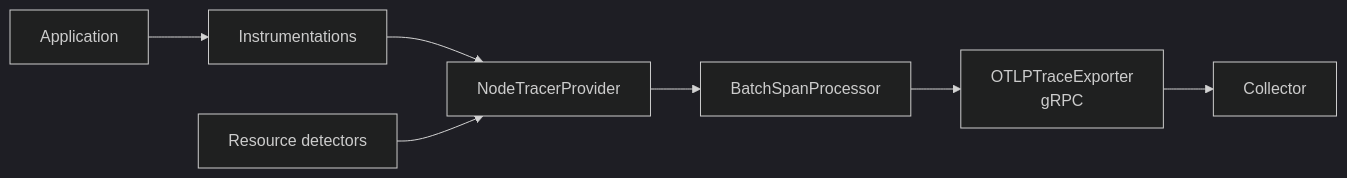
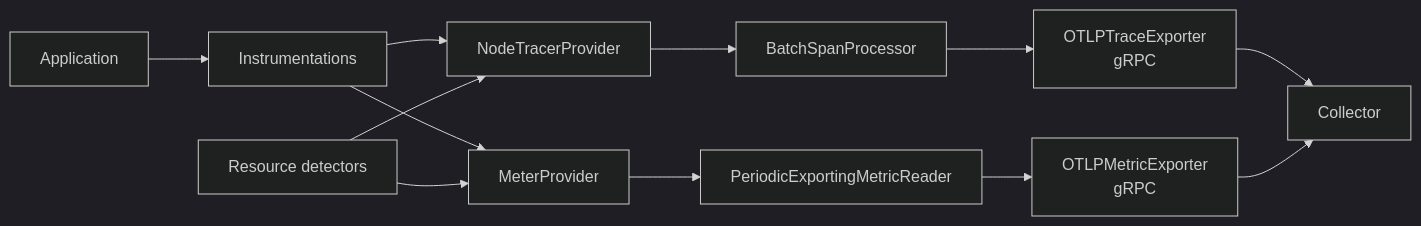
Before and after one commit to saidsef/tracing-node: the diagram in docs/architecture.md, drawn with Mermaid (dark theme). The commit also changed other lines of this file and 8 other files, not shown here.

````diff
--- a/docs/architecture.md
+++ b/docs/architecture.md
@@ -7,9 +7,14 @@
 ```mermaid
 flowchart LR
   A[Application] --> B[Instrumentations]
   B --> C[NodeTracerProvider]
   C --> D[BatchSpanProcessor]
   D --> E[OTLPTraceExporter<br/>gRPC]
   E --> F[Collector]
+  B --> G[MeterProvider]
+  G --> H[PeriodicExportingMetricReader]
+  H --> I[OTLPMetricExporter<br/>gRPC]
+  I --> F
   R[Resource detectors] --> C
+  R --> G
 ```
````
